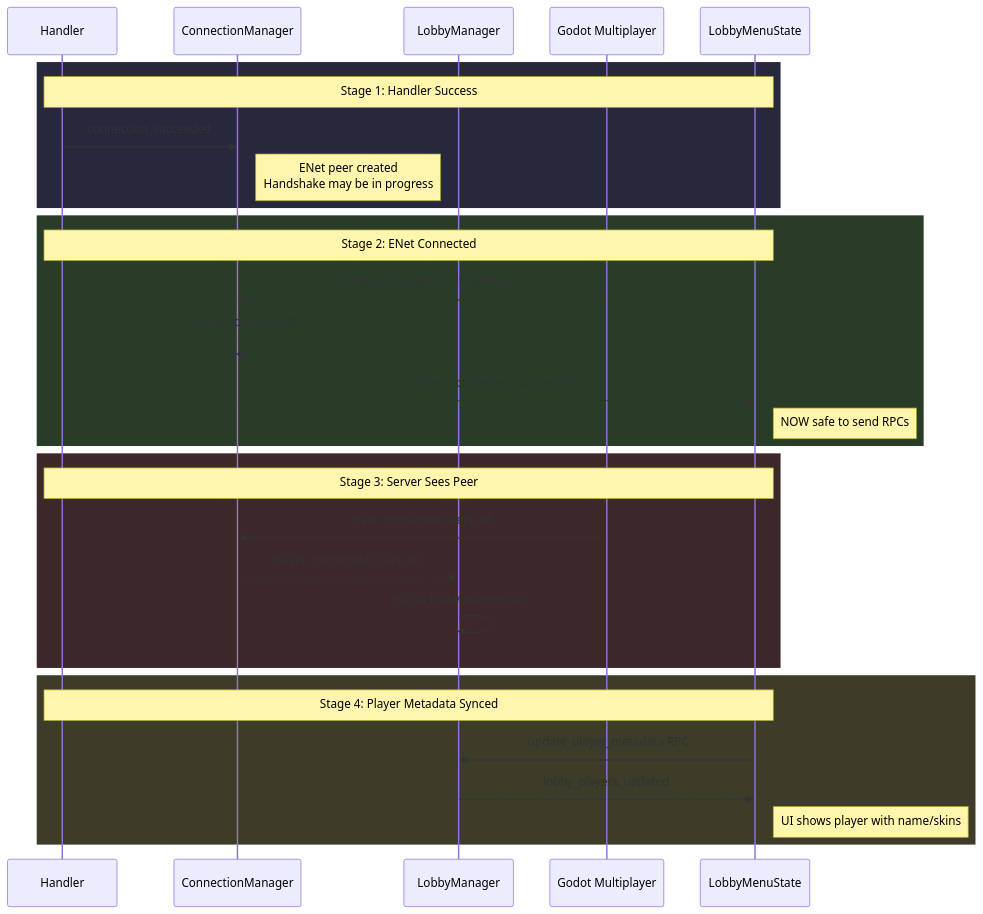
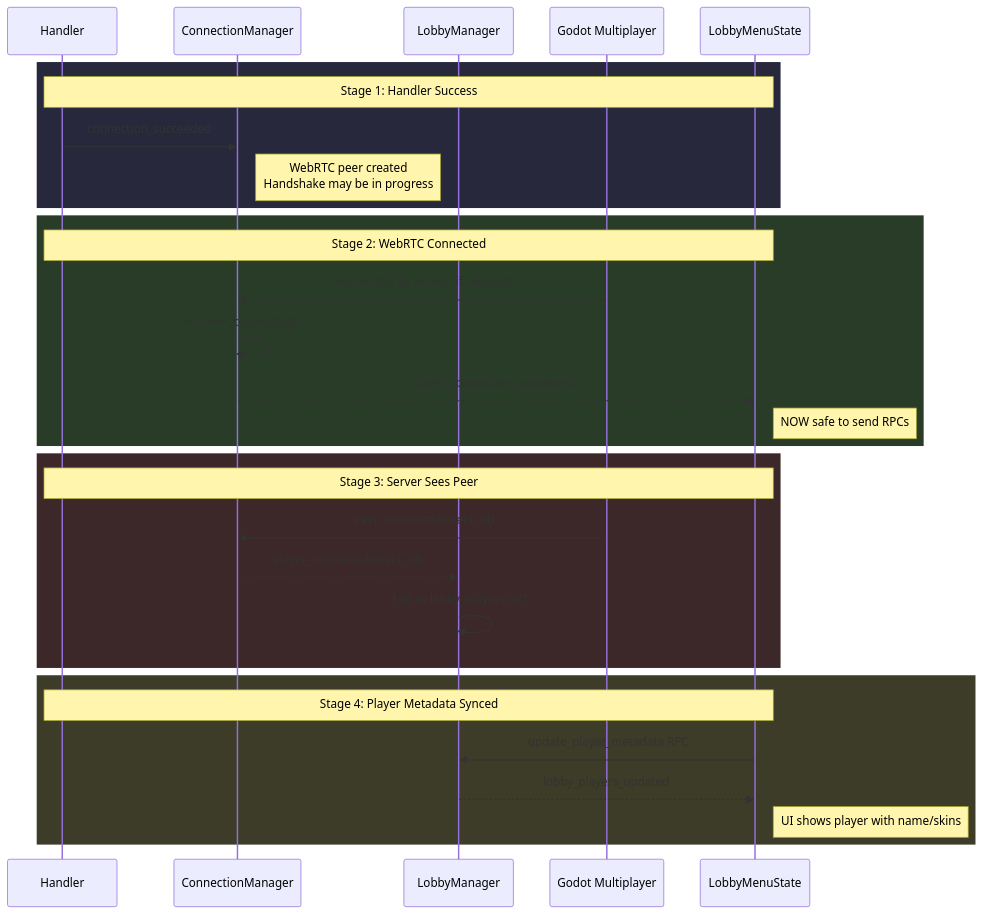
The fifth of 13 diagrams in v2/planning_docs/LobbyGameFlowMP.md (ssebs/DankNooner), drawn with Mermaid before and after one commit. The commit also changed other lines of this file and 2 other files, not shown here.

````diff
--- a/v2/planning_docs/LobbyGameFlowMP.md
+++ b/v2/planning_docs/LobbyGameFlowMP.md
@@ -134,36 +173,36 @@
 ```mermaid
 sequenceDiagram
     participant Handler as Handler
     participant CM as ConnectionManager
     participant LM as LobbyManager
     participant Godot as Godot Multiplayer
     participant Lobby as LobbyMenuState
 
     rect rgb(40, 40, 60)
         Note over Handler,Lobby: Stage 1: Handler Success
         Handler->>CM: connection_succeeded
-        Note right of CM: ENet peer created<br/>Handshake may be in progress
+        Note right of CM: WebRTC peer created<br/>Handshake may be in progress
     end
 
     rect rgb(40, 60, 40)
-        Note over Handler,Lobby: Stage 2: ENet Connected
+        Note over Handler,Lobby: Stage 2: WebRTC Connected
         Godot->>CM: connected_to_server (if needed)
         CM->>CM: _on_enet_connected()
         CM-->>Lobby: client_connection_succeeded
         Note right of Lobby: NOW safe to send RPCs
     end
 
     rect rgb(60, 40, 40)
         Note over Handler,Lobby: Stage 3: Server Sees Peer
         Godot->>CM: peer_connected(client_id)
         CM-->>LM: player_connected(client_id)
         LM->>LM: Add to lobby_players dict
     end
 
     rect rgb(60, 60, 40)
         Note over Handler,Lobby: Stage 4: Player Metadata Synced
         Lobby->>LM: update_player_metadata RPC
         LM-->>Lobby: lobby_players_updated
         Note right of Lobby: UI shows player with name/skins
     end
 ```
````
